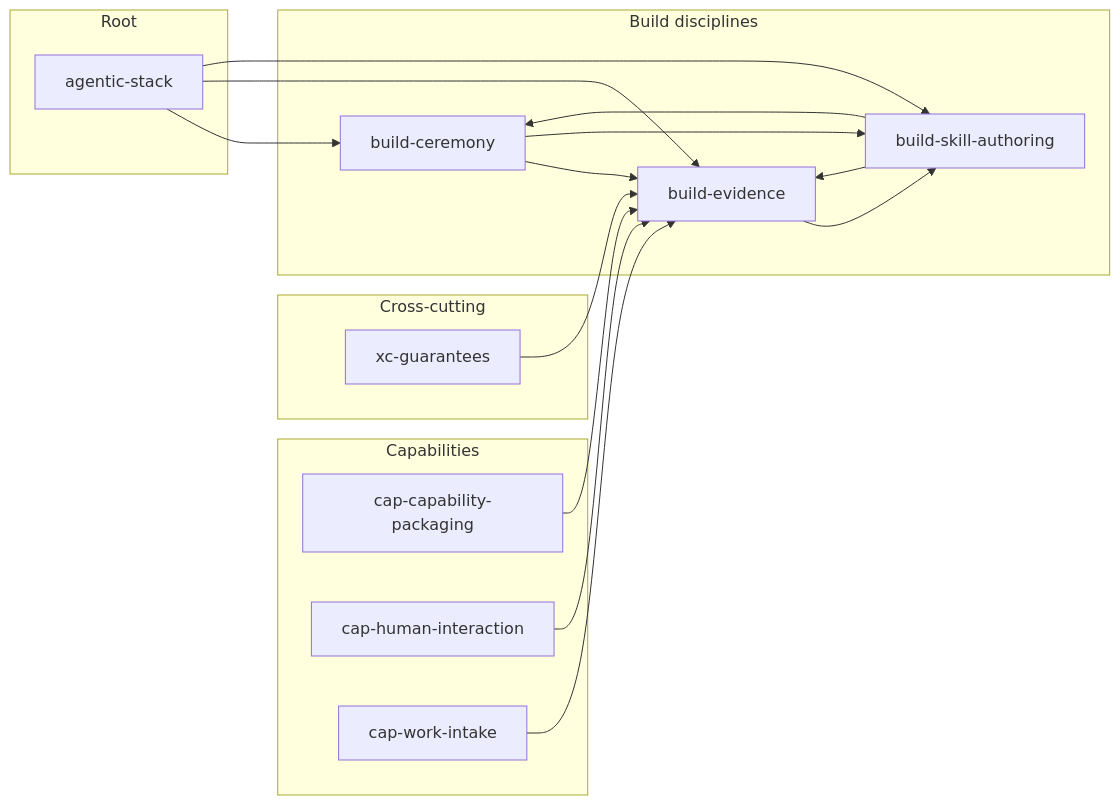
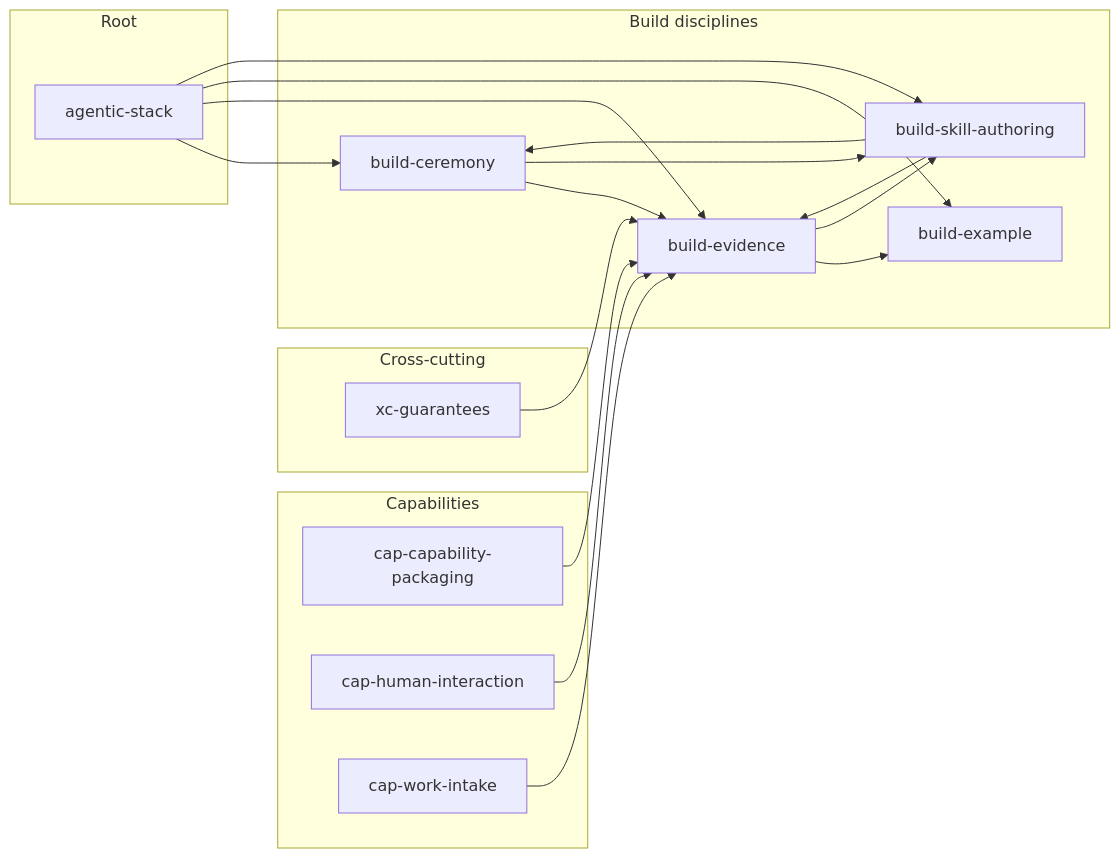
Before and after one commit to Dadlorian/AGENT: the sixth of 10 diagrams in docs/skill-graph.md, drawn with Mermaid. The commit also changed other lines of this file and 5 other files, not shown here.

First line of the commit message:
75-skill: build-example

````diff
--- a/docs/skill-graph.md
+++ b/docs/skill-graph.md
@@ -258,31 +258,34 @@
 ```mermaid
 graph LR
     subgraph root_["Root"]
         agentic-stack
     end
     subgraph cap_["Capabilities"]
         cap-capability-packaging
         cap-human-interaction
         cap-work-intake
     end
     subgraph xc_["Cross-cutting"]
         xc-guarantees
     end
     subgraph build_["Build disciplines"]
         build-ceremony
         build-evidence
+        build-example
         build-skill-authoring
     end
     agentic-stack --> build-ceremony
     agentic-stack --> build-evidence
+    agentic-stack --> build-example
     agentic-stack --> build-skill-authoring
     build-ceremony --> build-evidence
     build-ceremony --> build-skill-authoring
+    build-evidence --> build-example
     build-evidence --> build-skill-authoring
     build-skill-authoring --> build-ceremony
     build-skill-authoring --> build-evidence
     cap-capability-packaging --> build-evidence
     cap-human-interaction --> build-evidence
     cap-work-intake --> build-evidence
     xc-guarantees --> build-evidence
 ```
````
